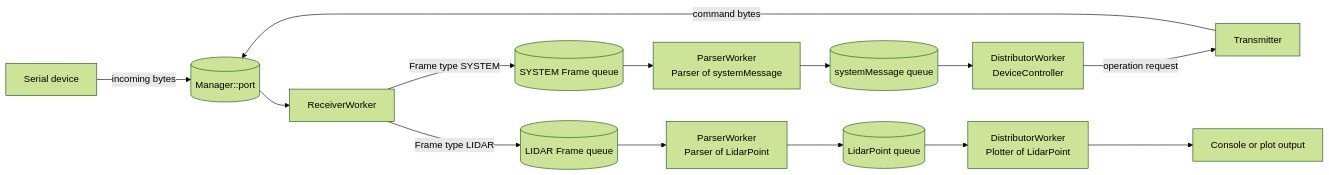
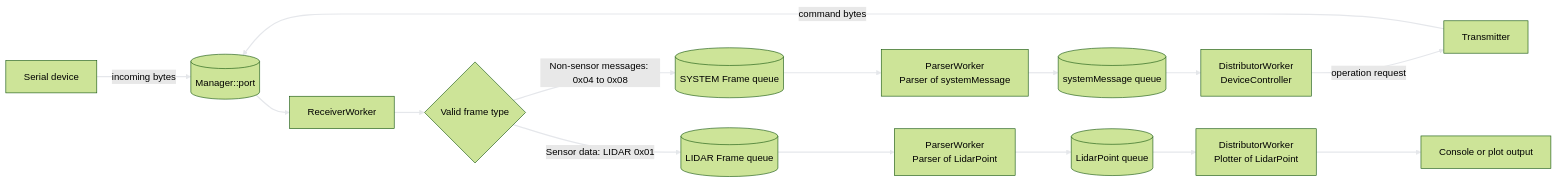
Before and after one commit to kei185/my-plot: the second of 3 diagrams in docs/architecture.md, drawn with Mermaid (forest theme). The commit also changed other lines of this file and 8 other files, not shown here.

````diff
--- a/docs/architecture.md
+++ b/docs/architecture.md
@@ -110,25 +111,29 @@
 ```mermaid
 flowchart LR
     source[Serial device]
     io[(Manager::port)]
     receiver[ReceiverWorker]
+    frameType{Valid frame type}
     systemFrames[(SYSTEM Frame queue)]
     lidarFrames[(LIDAR Frame queue)]
     systemParser[ParserWorker<br/>Parser of systemMessage]
     lidarParser[ParserWorker<br/>Parser of LidarPoint]
     systemData[(systemMessage queue)]
     lidarData[(LidarPoint queue)]
     controller[DistributorWorker<br/>DeviceController]
     plotter[DistributorWorker<br/>Plotter of LidarPoint]
     transmitter[Transmitter]
     output[Console or plot output]
 
     source -->|incoming bytes| io
     io --> receiver
-    receiver -->|Frame type SYSTEM| systemFrames
-    receiver -->|Frame type LIDAR| lidarFrames
+    receiver --> frameType
+    frameType -->|Non-sensor messages: 0x04 to 0x08| systemFrames
+    frameType -->|Sensor data: LIDAR 0x01| lidarFrames
     systemFrames --> systemParser --> systemData --> controller
     lidarFrames --> lidarParser --> lidarData --> plotter --> output
     controller -->|operation request| transmitter
     transmitter -->|command bytes| io
+
+    linkStyle default stroke:#E5E7EB,stroke-width:2px;
 ```
````
